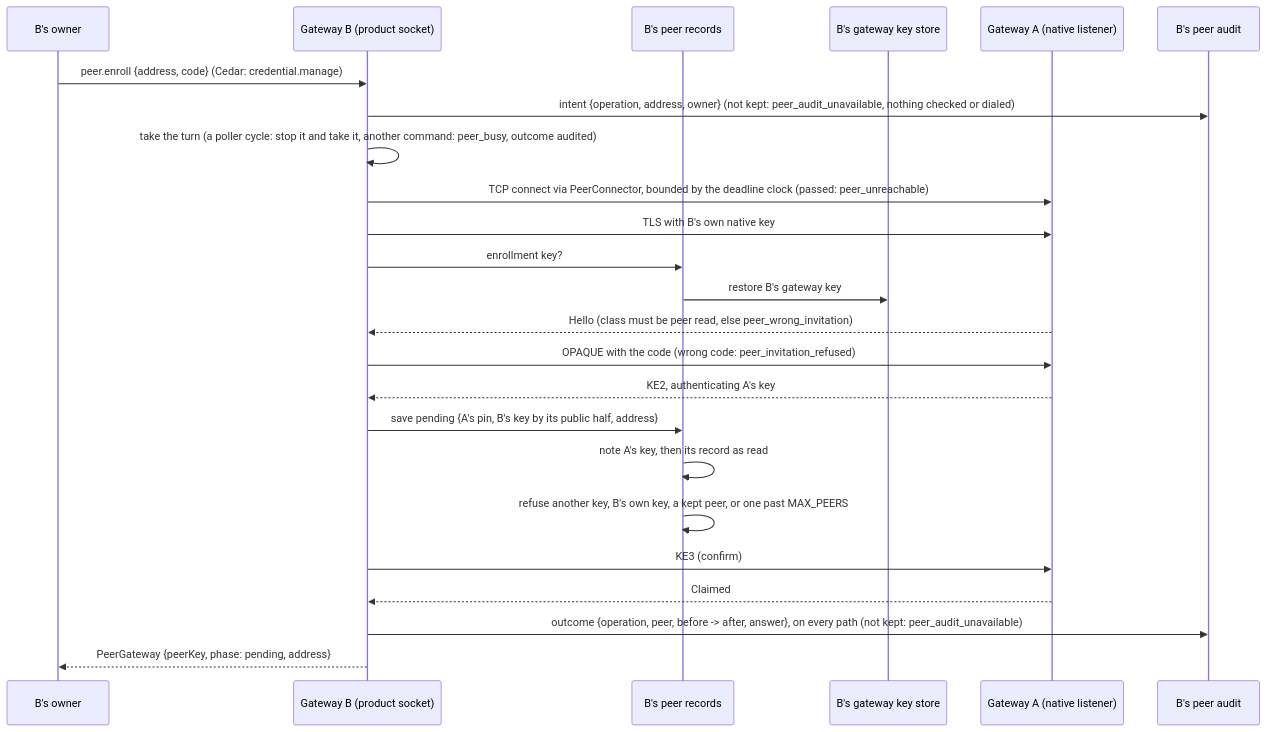
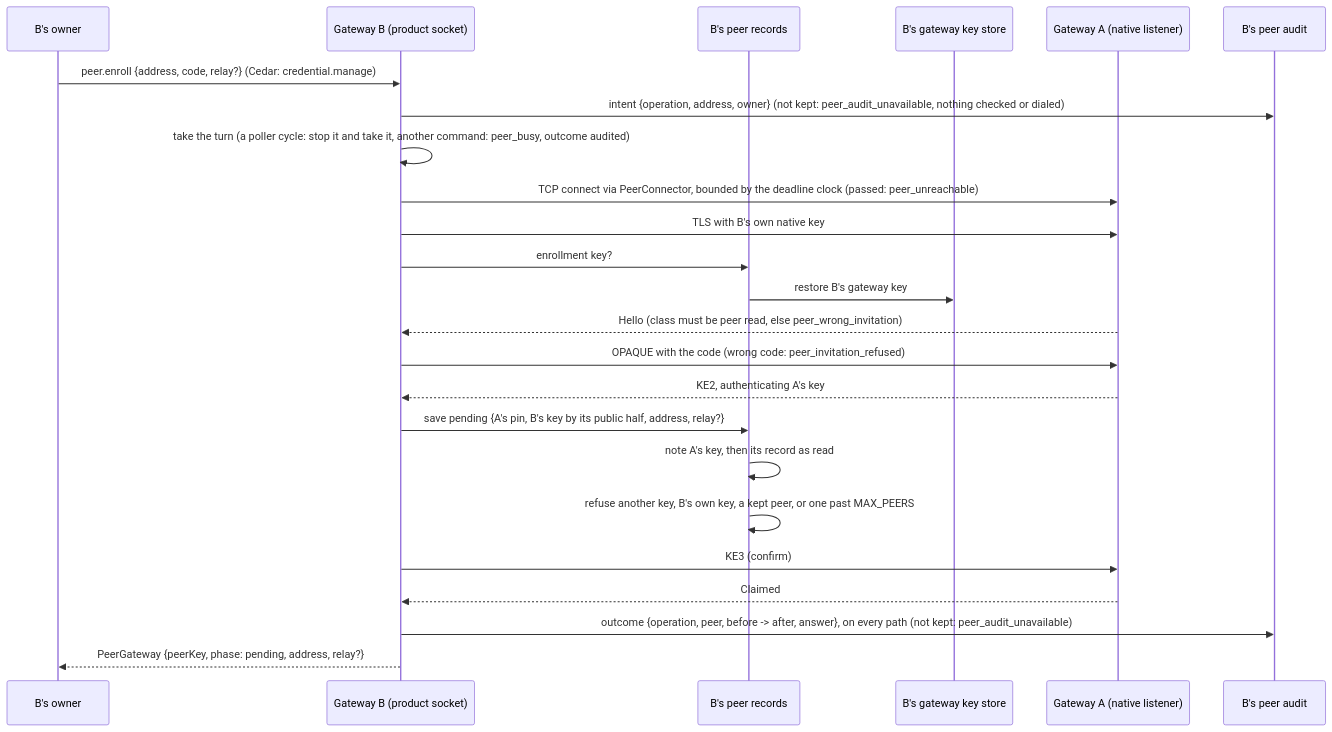
One commit to nessalabs/nessa-agent changed diagram 13 of 15 in docs/design/auth/peer-gateways.md. Above: the diagram before and after it, drawn with Mermaid. The commit also changed other lines of this file and 27 other files, not shown here.

First line of the commit message:
Let peer gateways keep a relay and read through it when the address stops answering (part R2b-2 of #266)

````diff
--- a/docs/design/auth/peer-gateways.md
+++ b/docs/design/auth/peer-gateways.md
@@ -1040,26 +1040,26 @@
 ```mermaid
 sequenceDiagram
     participant O as B's owner
     participant B as Gateway B (product socket)
     participant R as B's peer records
     participant K as B's gateway key store
     participant A as Gateway A (native listener)
     participant U as B's peer audit
-    O->>B: peer.enroll {address, code} (Cedar: credential.manage)
+    O->>B: peer.enroll {address, code, relay?} (Cedar: credential.manage)
     B->>U: intent {operation, address, owner} (not kept: peer_audit_unavailable, nothing checked or dialed)
     B->>B: take the turn (a poller cycle: stop it and take it, another command: peer_busy, outcome audited)
     B->>A: TCP connect via PeerConnector, bounded by the deadline clock (passed: peer_unreachable)
     B->>A: TLS with B's own native key
     B->>R: enrollment key?
     R->>K: restore B's gateway key
     A-->>B: Hello (class must be peer read, else peer_wrong_invitation)
     B->>A: OPAQUE with the code (wrong code: peer_invitation_refused)
     A-->>B: KE2, authenticating A's key
-    B->>R: save pending {A's pin, B's key by its public half, address}
+    B->>R: save pending {A's pin, B's key by its public half, address, relay?}
     R->>R: note A's key, then its record as read
     R->>R: refuse another key, B's own key, a kept peer, or one past MAX_PEERS
     B->>A: KE3 (confirm)
     A-->>B: Claimed
     B->>U: outcome {operation, peer, before -> after, answer}, on every path (not kept: peer_audit_unavailable)
-    B-->>O: PeerGateway {peerKey, phase: pending, address}
+    B-->>O: PeerGateway {peerKey, phase: pending, address, relay?}
 ```
````
